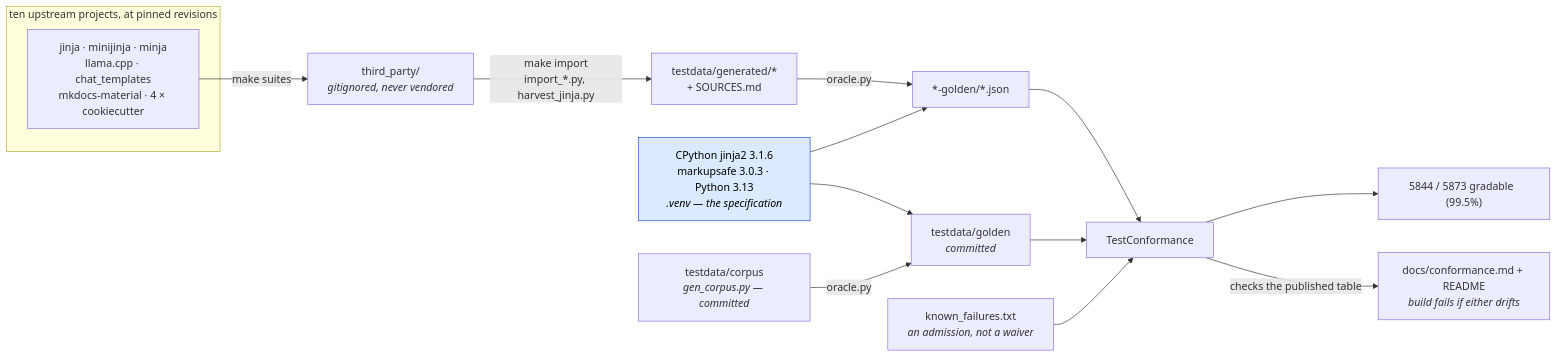
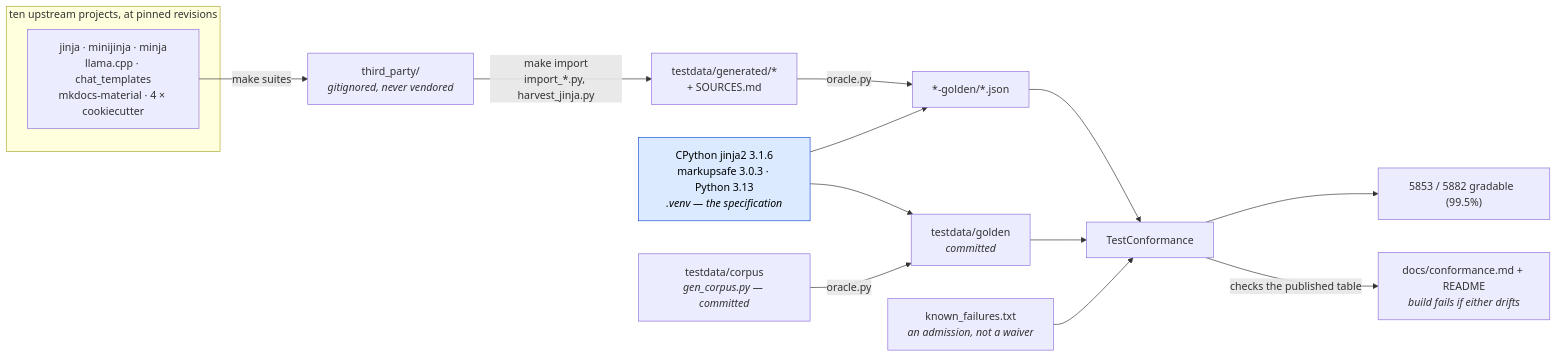
Before and after one commit to mgilbir/gojja2: the first of 2 diagrams in docs/conformance.md, drawn with Mermaid. The commit also changed other lines of this file and 34 other files, not shown here.

````diff
--- a/docs/conformance.md
+++ b/docs/conformance.md
@@ -17,24 +17,24 @@
 ```mermaid
 flowchart LR
     subgraph up["ten upstream projects, at pinned revisions"]
         U1["jinja · minijinja · minja<br/>llama.cpp · chat_templates<br/>mkdocs-material · 4 × cookiecutter"]
     end
     U1 -->|"make suites"| TP["third_party/<br/><i>gitignored, never vendored</i>"]
     TP -->|"make import<br/>import_*.py, harvest_jinja.py"| GEN["testdata/generated/*<br/>+ SOURCES.md"]
 
     ORA["CPython jinja2 3.1.6<br/>markupsafe 3.0.3 · Python 3.13<br/><i>.venv — the specification</i>"]
     GEN -->|"oracle.py"| G2["*-golden/*.json"]
     ORA --> G2
 
     OWN["testdata/corpus<br/><i>gen_corpus.py — committed</i>"] -->|"oracle.py"| G1["testdata/golden<br/><i>committed</i>"]
     ORA --> G1
 
     G1 --> TC["TestConformance"]
     G2 --> TC
     KF["known_failures.txt<br/><i>an admission, not a waiver</i>"] --> TC
-    TC --> RATE["5844 / 5873 gradable  (99.5%)"]
+    TC --> RATE["5853 / 5882 gradable  (99.5%)"]
     TC -->|"checks the published table"| RM["docs/conformance.md + README<br/><i>build fails if either drifts</i>"]
 
     classDef spec fill:#dbeafe,stroke:#1d4ed8,color:#000
     class ORA spec
 ```
````
